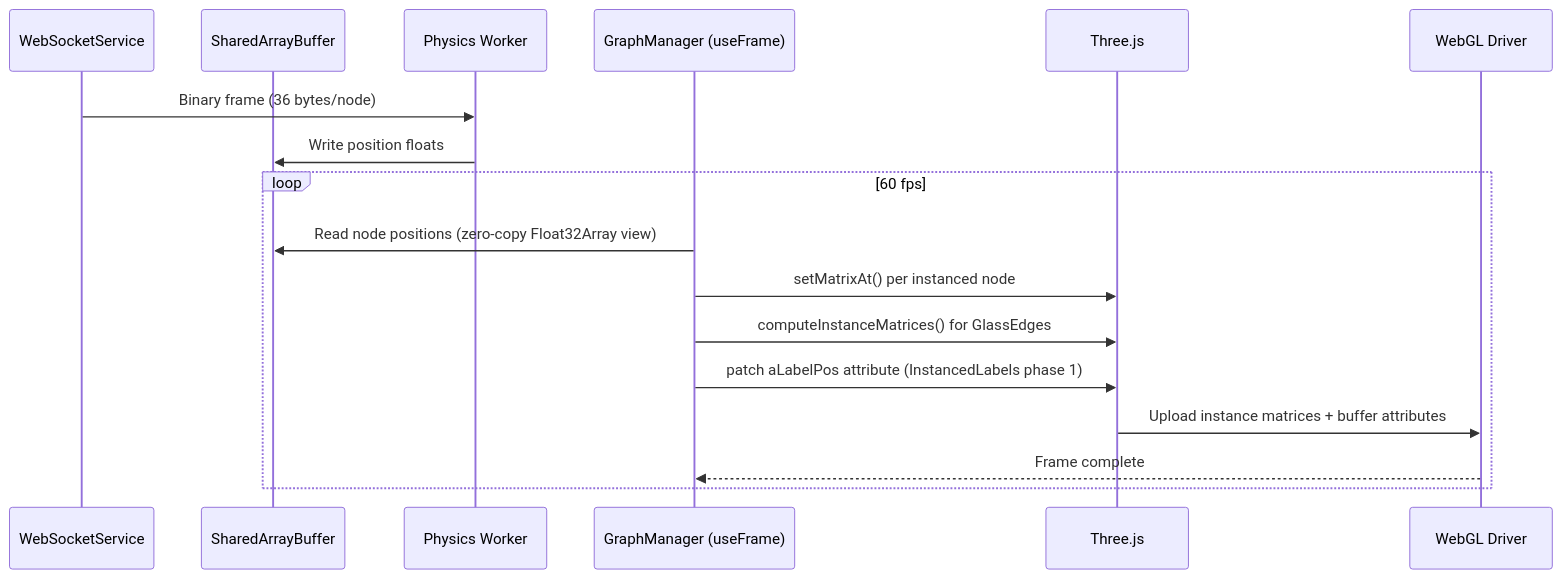
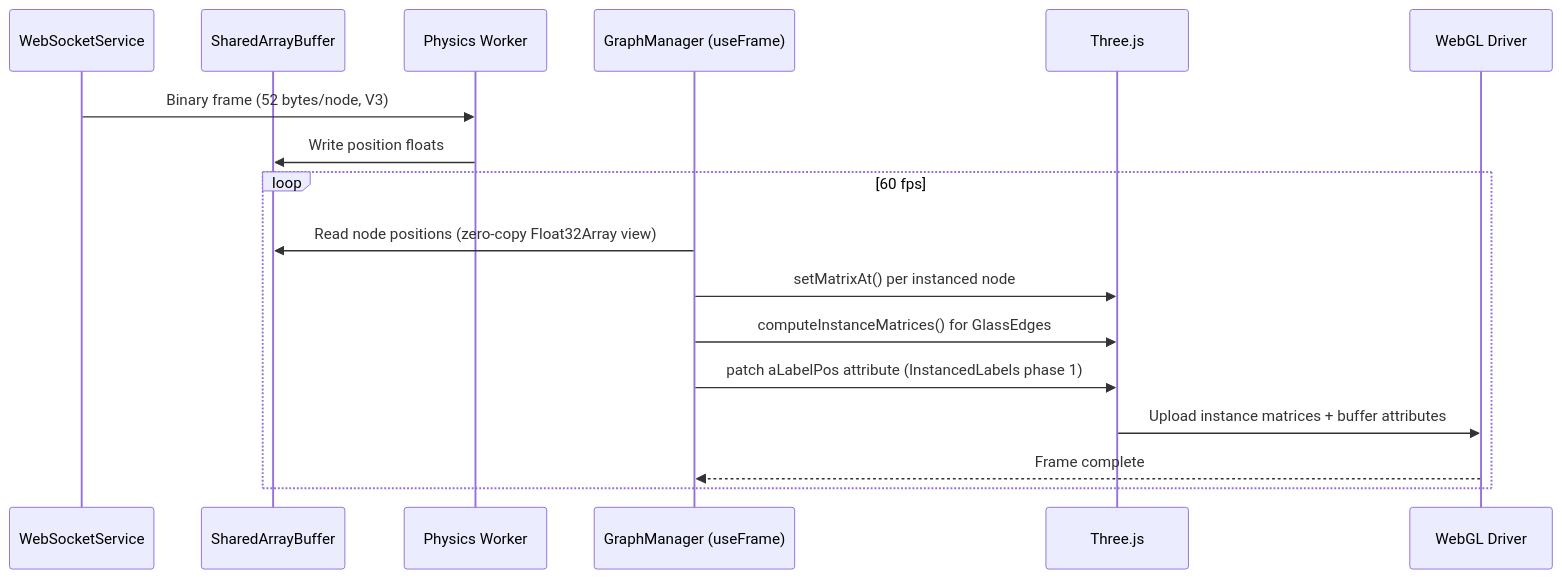
One commit to DreamLab-AI/AR-AI-Knowledge-Graph changed the third of 7 diagrams in docs/explanation/client-architecture.md. Above: the diagram before and after it, drawn with Mermaid. The commit also changed other lines of this file and 5 other files, not shown here.

First line of the commit message:
docs(diagrams): align sequence diagrams to code ground truth after ecosystem-wide aggregate review

````diff
--- a/docs/explanation/client-architecture.md
+++ b/docs/explanation/client-architecture.md
@@ -98,21 +98,21 @@
 ```mermaid
 sequenceDiagram
     participant WS as WebSocketService
     participant SAB as SharedArrayBuffer
     participant Worker as Physics Worker
     participant GM as GraphManager (useFrame)
     participant Three as Three.js
     participant WebGL as WebGL Driver
 
-    WS->>Worker: Binary frame (36 bytes/node)
+    WS->>Worker: Binary frame (52 bytes/node, V3)
     Worker->>SAB: Write position floats
 
     loop 60 fps
         GM->>SAB: Read node positions (zero-copy Float32Array view)
         GM->>Three: setMatrixAt() per instanced node
         GM->>Three: computeInstanceMatrices() for GlassEdges
         GM->>Three: patch aLabelPos attribute (InstancedLabels phase 1)
         Three->>WebGL: Upload instance matrices + buffer attributes
         WebGL-->>GM: Frame complete
     end
 ```
````
